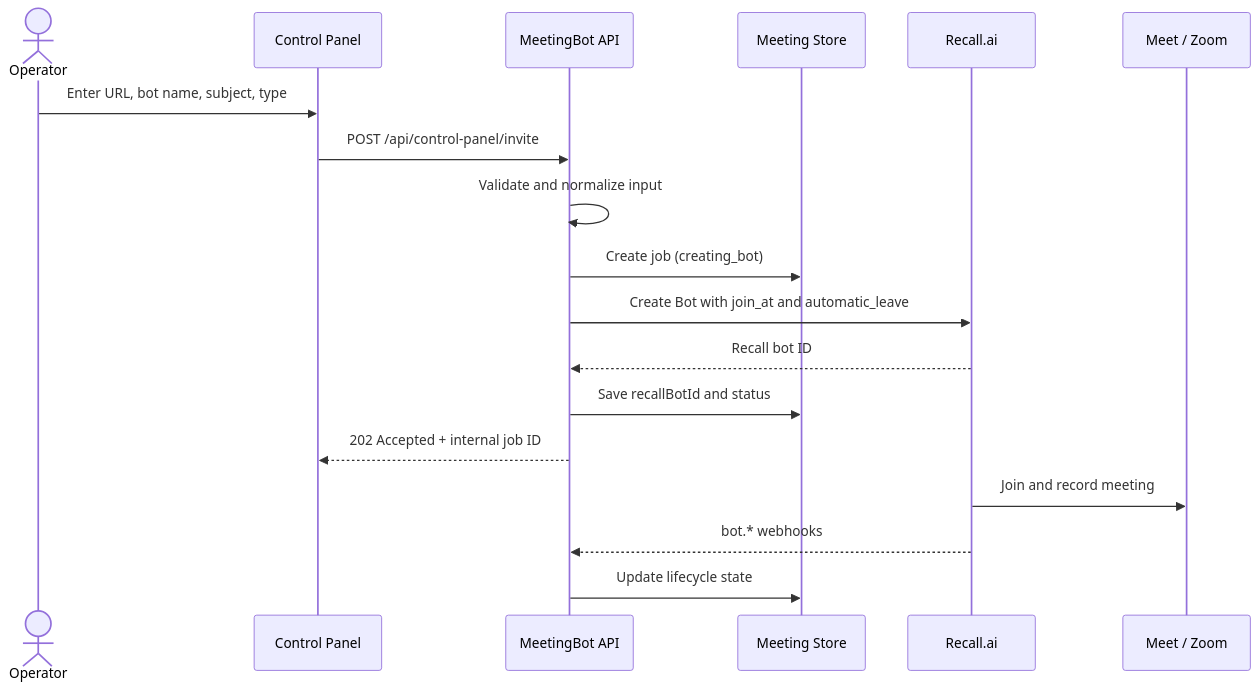
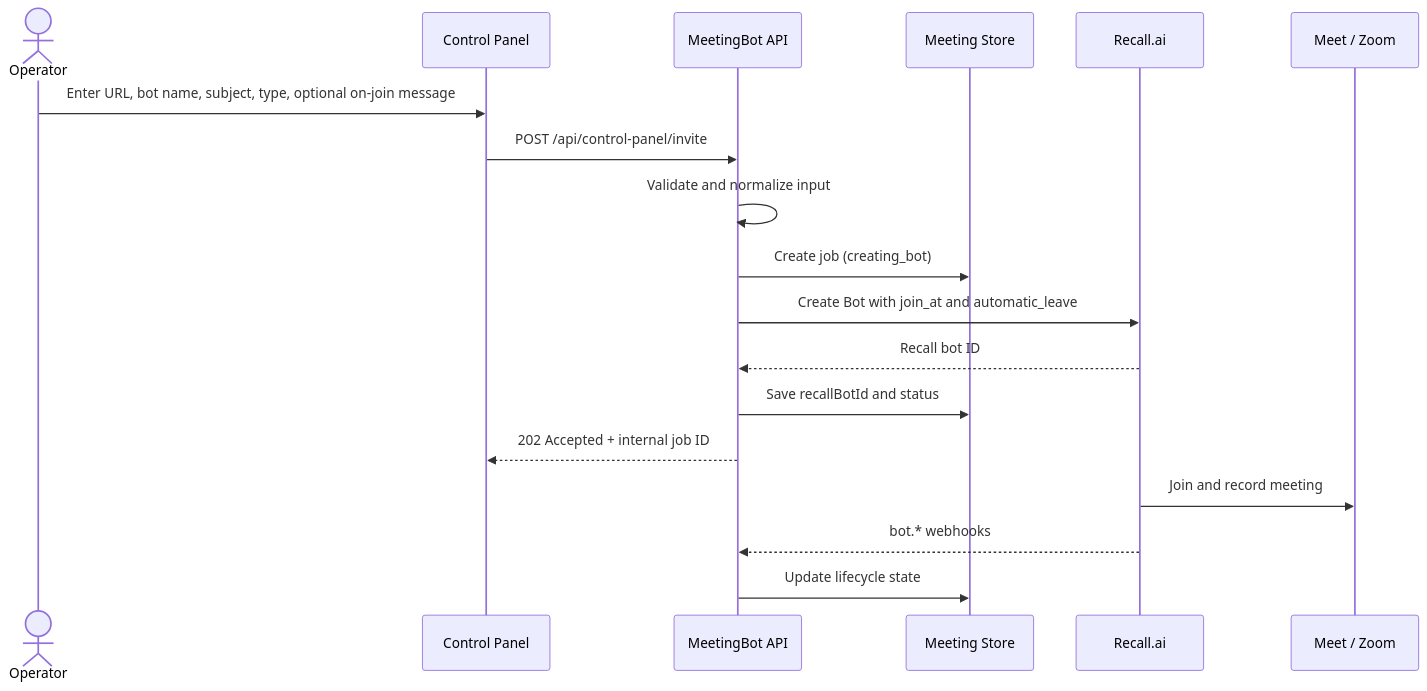
Before and after one commit to iwkz-dev/meetingbot: the third of 7 diagrams in docs/ARCHITECTURE.md, drawn with Mermaid. The commit also changed other lines of this file and 15 other files, not shown here.

````diff
--- a/docs/ARCHITECTURE.md
+++ b/docs/ARCHITECTURE.md
@@ -115,21 +115,21 @@
 ```mermaid
 sequenceDiagram
     actor Operator
     participant UI as Control Panel
     participant App as MeetingBot API
     participant Store as Meeting Store
     participant Recall as Recall.ai
     participant Call as Meet / Zoom
 
-    Operator->>UI: Enter URL, bot name, subject, type
+    Operator->>UI: Enter URL, bot name, subject, type, optional on-join message
     UI->>App: POST /api/control-panel/invite
     App->>App: Validate and normalize input
     App->>Store: Create job (creating_bot)
     App->>Recall: Create Bot with join_at and automatic_leave
     Recall-->>App: Recall bot ID
     App->>Store: Save recallBotId and status
     App-->>UI: 202 Accepted + internal job ID
     Recall->>Call: Join and record meeting
     Recall-->>App: bot.* webhooks
     App->>Store: Update lifecycle state
 ```
````
